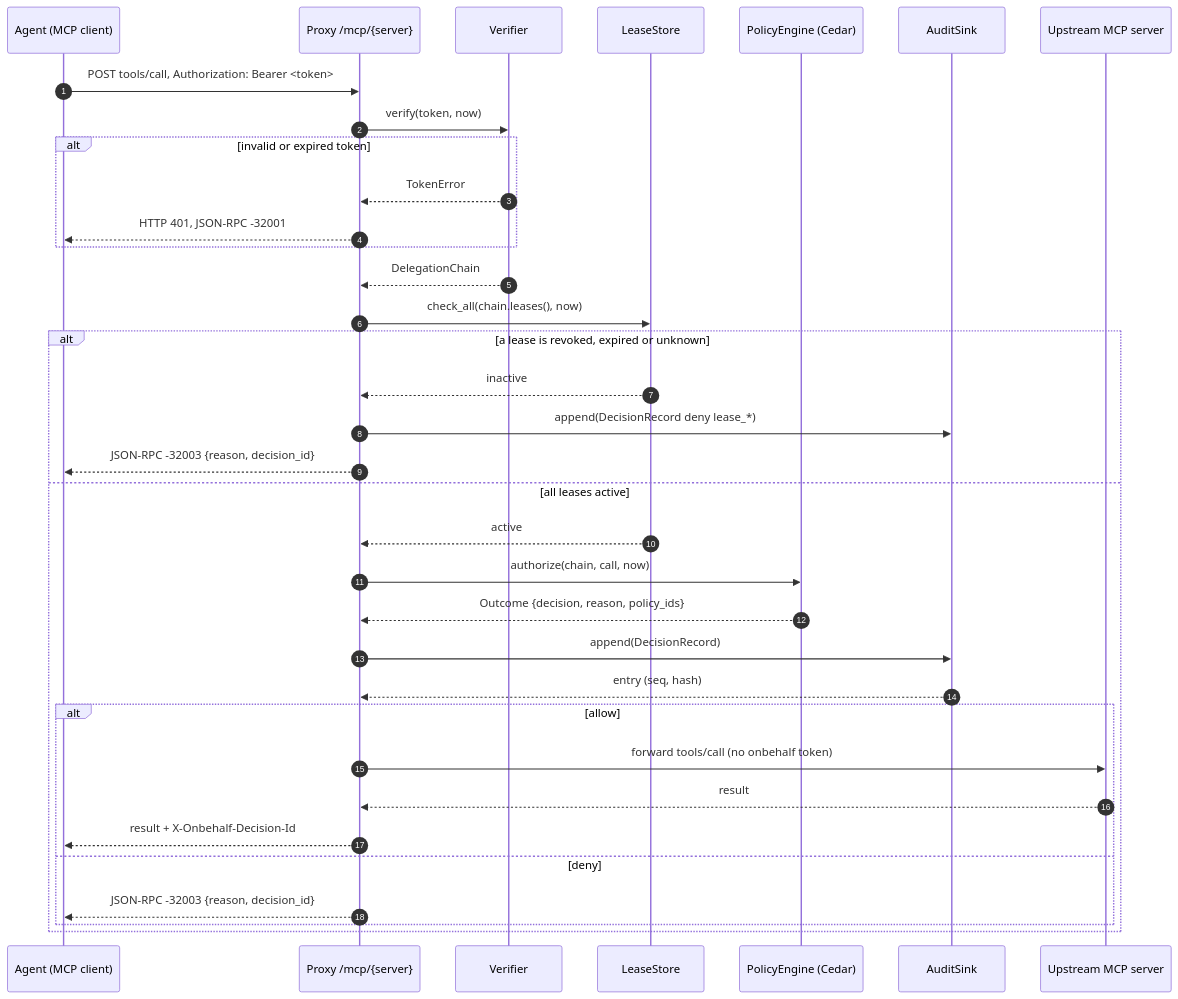
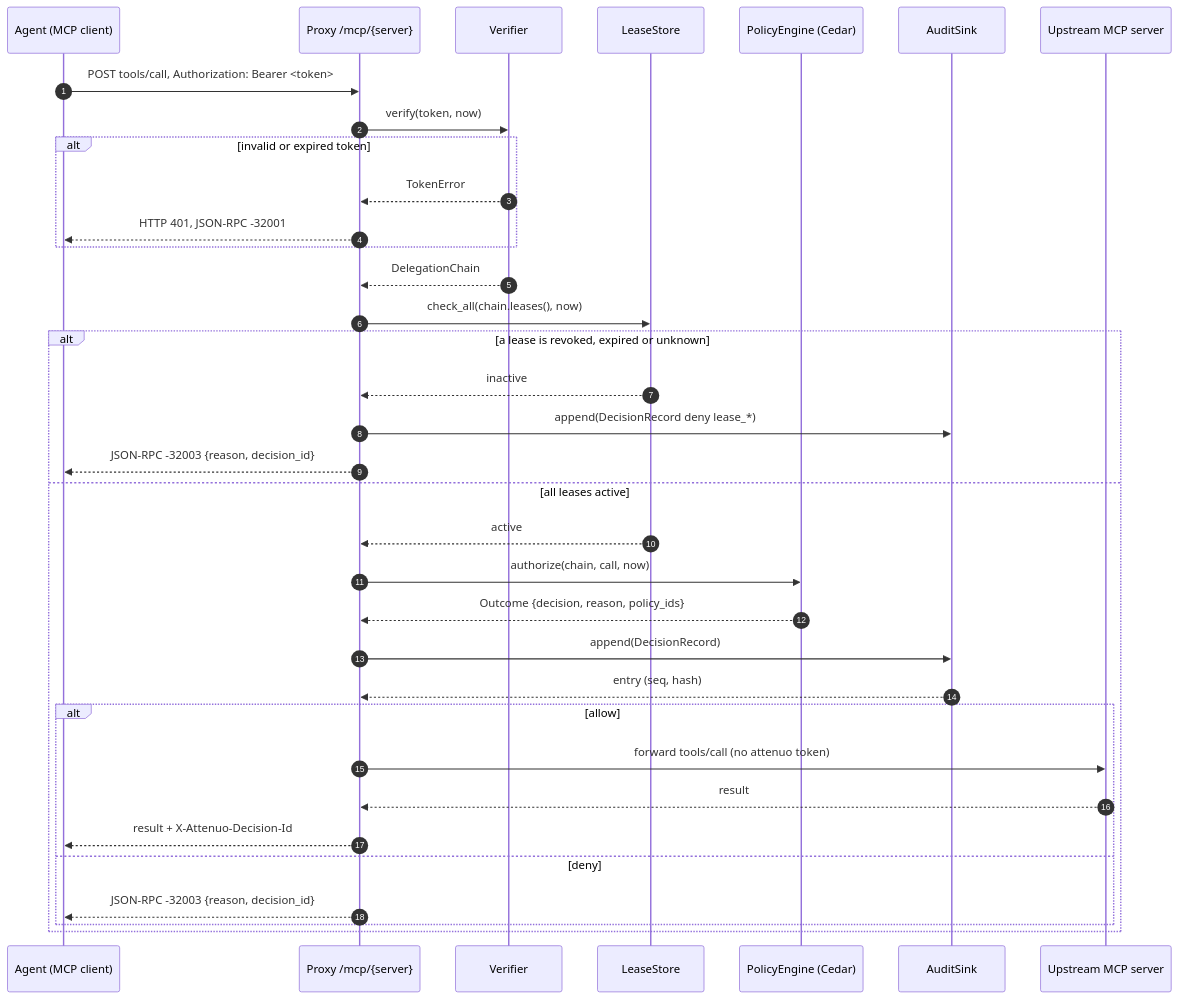
The first of 4 diagrams in docs/design/server.md (attenuo-dev/attenuo), drawn with Mermaid before and after one commit. The commit also changed other lines of this file and 436 other files, not shown here.

First line of the commit message:
chore!: rename the project from onbehalf to attenuo

````diff
--- a/docs/design/server.md
+++ b/docs/design/server.md
@@ -78,38 +78,38 @@
 ```mermaid
 sequenceDiagram
     autonumber
     participant A as Agent (MCP client)
     participant P as Proxy /mcp/{server}
     participant V as Verifier
     participant L as LeaseStore
     participant E as PolicyEngine (Cedar)
     participant G as AuditSink
     participant U as Upstream MCP server
 
     A->>P: POST tools/call, Authorization: Bearer <token>
     P->>V: verify(token, now)
     alt invalid or expired token
         V-->>P: TokenError
         P-->>A: HTTP 401, JSON-RPC -32001
     end
     V-->>P: DelegationChain
     P->>L: check_all(chain.leases(), now)
     alt a lease is revoked, expired or unknown
         L-->>P: inactive
         P->>G: append(DecisionRecord deny lease_*)
         P-->>A: JSON-RPC -32003 {reason, decision_id}
     else all leases active
         L-->>P: active
         P->>E: authorize(chain, call, now)
         E-->>P: Outcome {decision, reason, policy_ids}
         P->>G: append(DecisionRecord)
         G-->>P: entry (seq, hash)
         alt allow
-            P->>U: forward tools/call (no onbehalf token)
+            P->>U: forward tools/call (no attenuo token)
             U-->>P: result
-            P-->>A: result + X-Onbehalf-Decision-Id
+            P-->>A: result + X-Attenuo-Decision-Id
         else deny
             P-->>A: JSON-RPC -32003 {reason, decision_id}
         end
     end
 ```
````
